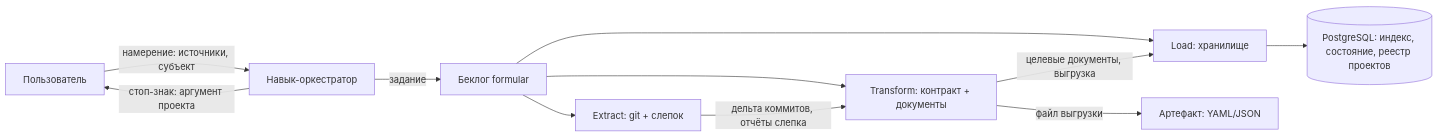
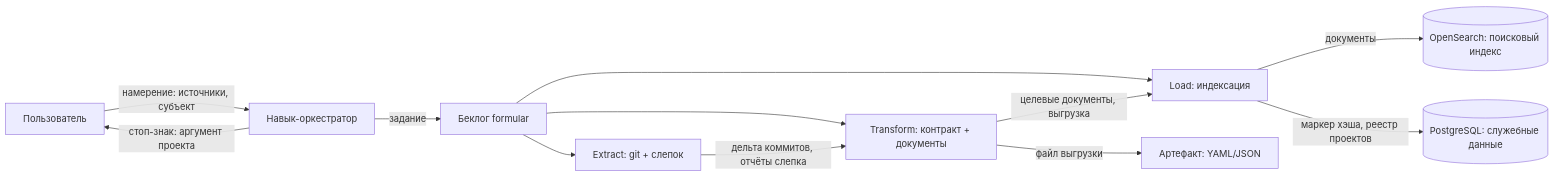
Before and after one commit to united-software-platform/workspace: the diagram in docs/architecture-work-export.md, drawn with Mermaid. The commit also changed other lines of this file, not shown here.

First line of the commit message:
WRSP-021: перевыбрать движок поиска на OpenSearch с PostgreSQL для служебных данных

````diff
--- a/docs/architecture-work-export.md
+++ b/docs/architecture-work-export.md
@@ -87,13 +89,14 @@
 ```mermaid
 flowchart LR
     U[Пользователь] -->|намерение: источники, субъект| S[Навык-оркестратор]
     S -->|стоп-знак: аргумент проекта| U
     S -->|задание| F[Беклог formular]
     F --> E[Extract: git + слепок]
     F --> T[Transform: контракт + документы]
-    F --> L[Load: хранилище]
+    F --> L[Load: индексация]
     E -->|дельта коммитов, отчёты слепка| T
     T -->|целевые документы, выгрузка| L
-    L --> DB[(PostgreSQL: индекс, состояние, реестр проектов)]
+    L -->|документы| OS[(OpenSearch: поисковый индекс)]
+    L -->|маркер хэша, реестр проектов| DB[(PostgreSQL: служебные данные)]
     T -->|файл выгрузки| O[Артефакт: YAML/JSON]
 ```
````
